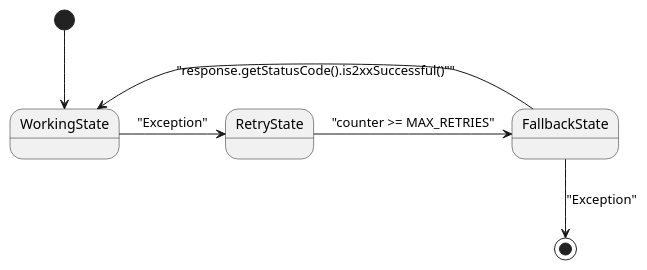
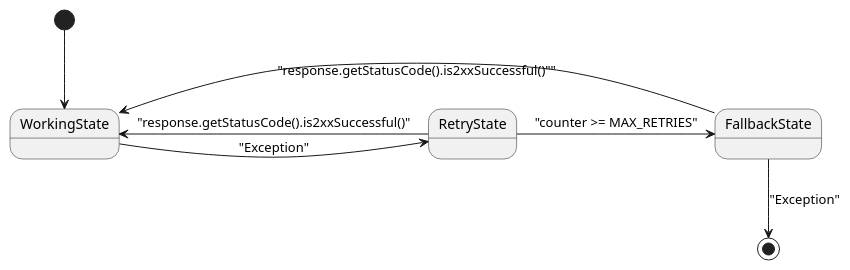
One commit to AIM-ENE-feb25/triptop-groep-b4 changed the diagram in prototypes/groepB4/src/main/java/triptop/groepB4/diagrammen/stateDiagramApiStates.puml. Above: the diagram before and after it, drawn with PlantUML. The commit also changed 2 other files, not shown here.

Commit message:
diagrams

```diff
--- a/prototypes/groepB4/src/main/java/triptop/groepB4/diagrammen/stateDiagramApiStates.puml
+++ b/prototypes/groepB4/src/main/java/triptop/groepB4/diagrammen/stateDiagramApiStates.puml
@@ -1,7 +1,8 @@
 @startuml
     [*] --> WorkingState
     WorkingState -> RetryState : "Exception"
     RetryState -> FallbackState : "counter >= MAX_RETRIES"
+    RetryState -> WorkingState : "response.getStatusCode().is2xxSuccessful()"
     FallbackState -> WorkingState : "response.getStatusCode().is2xxSuccessful()""
     FallbackState --> [*] : "Exception"
 @enduml
```
